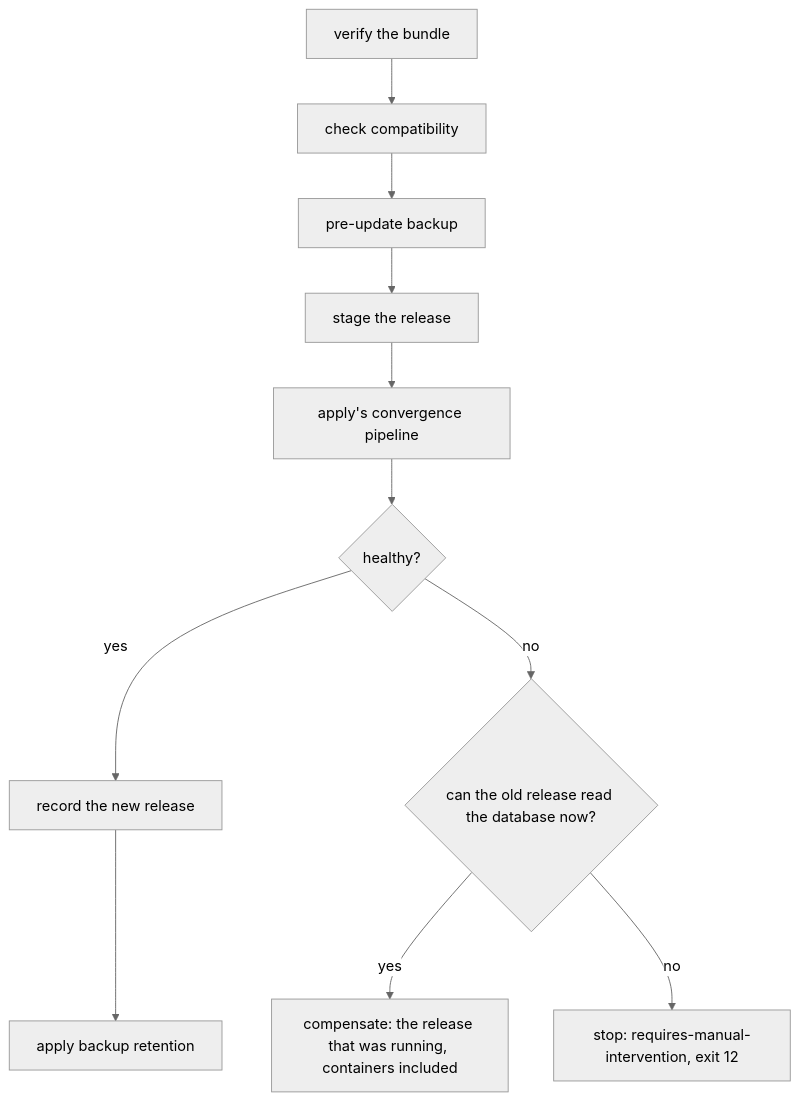
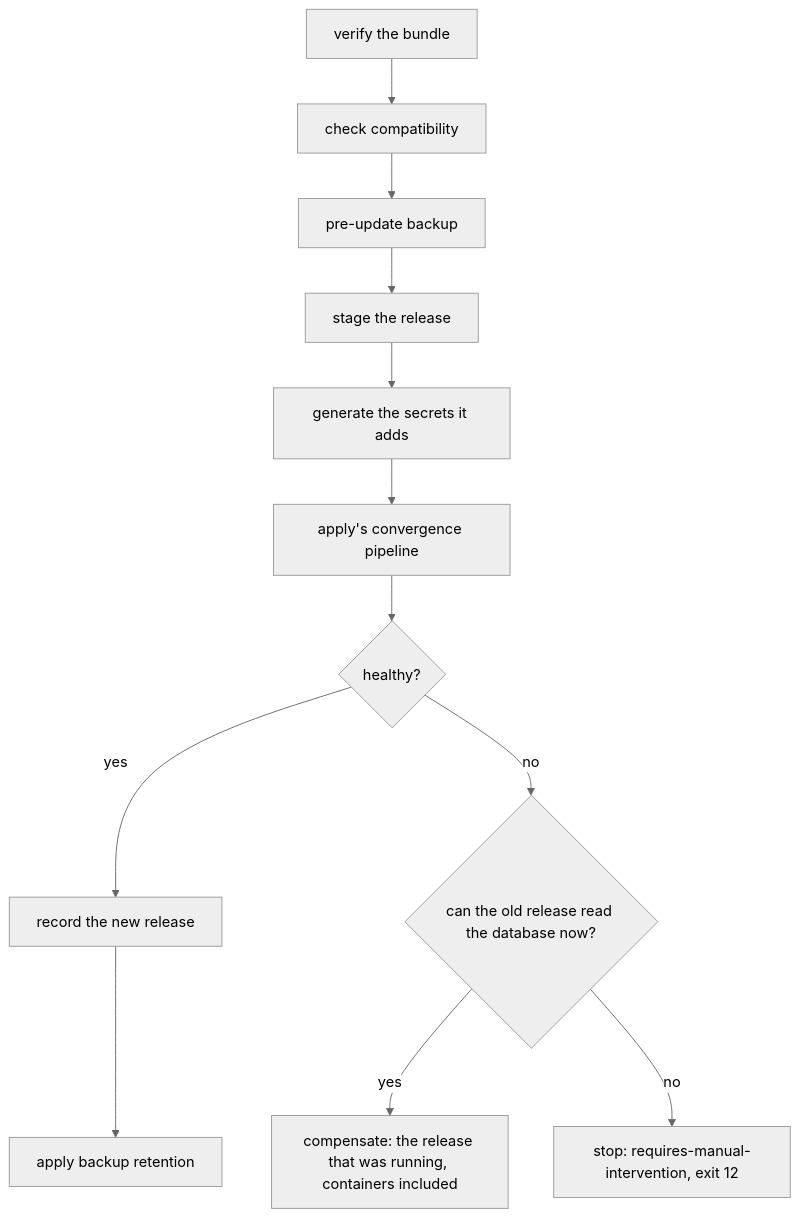
Before and after one commit to morzecrew/morzer: the diagram in pages/docs/operating/updating.md, drawn with Mermaid (neutral theme). The commit also changed other lines of this file and 14 other files, not shown here.

First line of the commit message:
✨ feat(update): generate a secret the new release adds

````diff
--- a/pages/docs/operating/updating.md
+++ b/pages/docs/operating/updating.md
@@ -132,13 +132,14 @@
 ```mermaid
 flowchart TD
     A[verify the bundle] --> B[check compatibility]
     B --> C[pre-update backup]
     C --> D[stage the release]
-    D --> E[apply's convergence pipeline]
+    D --> S[generate the secrets it adds]
+    S --> E[apply's convergence pipeline]
     E --> F{healthy?}
     F -->|yes| G[record the new release]
     G --> K[apply backup retention]
     F -->|no| I{can the old release read the database now?}
     I -->|yes| H[compensate: the release that was running, containers included]
     I -->|no| J[stop: requires-manual-intervention, exit 12]
 ```
````
